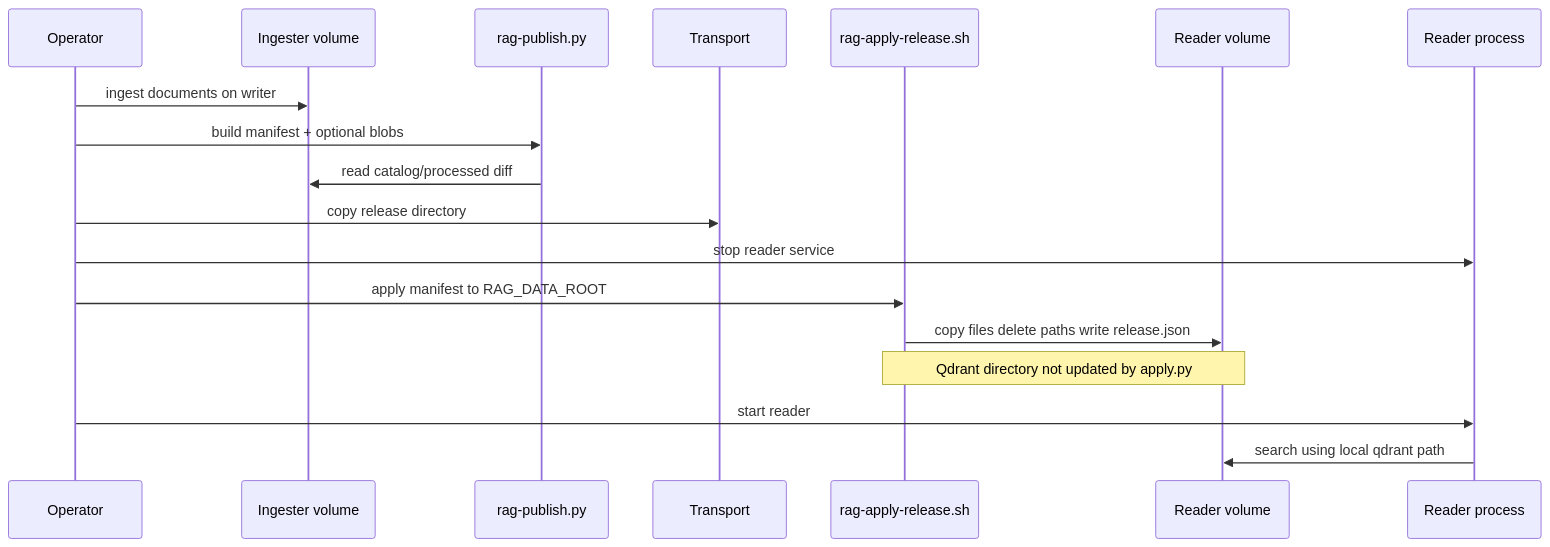
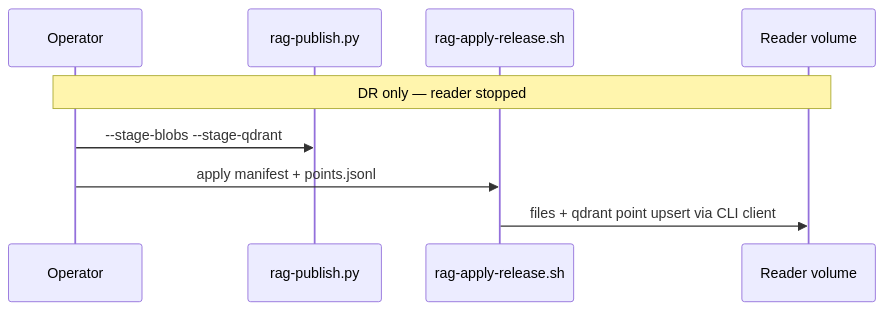
One commit to mkrejp/fastmcp-rag-timer changed the second of 5 diagrams in docs/CONNECTIVITY.md. Above: the diagram before and after it, drawn with Mermaid. The commit also changed other lines of this file, not shown here.

Commit message:
docs: update CONNECTIVITY publish flow after main sync API merge

````diff
--- a/docs/CONNECTIVITY.md
+++ b/docs/CONNECTIVITY.md
@@ -31,21 +45,12 @@
 ```mermaid
 sequenceDiagram
   participant Op as Operator
-  participant W as Ingester volume
   participant Pub as rag-publish.py
-  participant T as Transport
   participant A as rag-apply-release.sh
   participant R as Reader volume
-  participant S as Reader process
 
-  Op->>W: ingest documents on writer
-  Op->>Pub: build manifest + optional blobs
-  Pub->>W: read catalog/processed diff
-  Op->>T: copy release directory
-  Op->>S: stop reader service
-  Op->>A: apply manifest to RAG_DATA_ROOT
-  A->>R: copy files delete paths write release.json
-  Note over A,R: Qdrant directory not updated by apply.py
-  Op->>S: start reader
-  S->>R: search using local qdrant path
+  Note over Op,R: DR only — reader stopped
+  Op->>Pub: --stage-blobs --stage-qdrant
+  Op->>A: apply manifest + points.jsonl
+  A->>R: files + qdrant point upsert via CLI client
 ```
````
